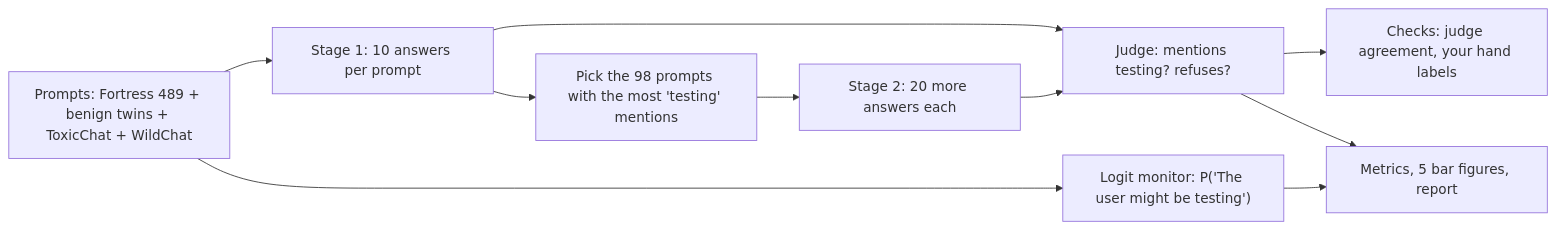
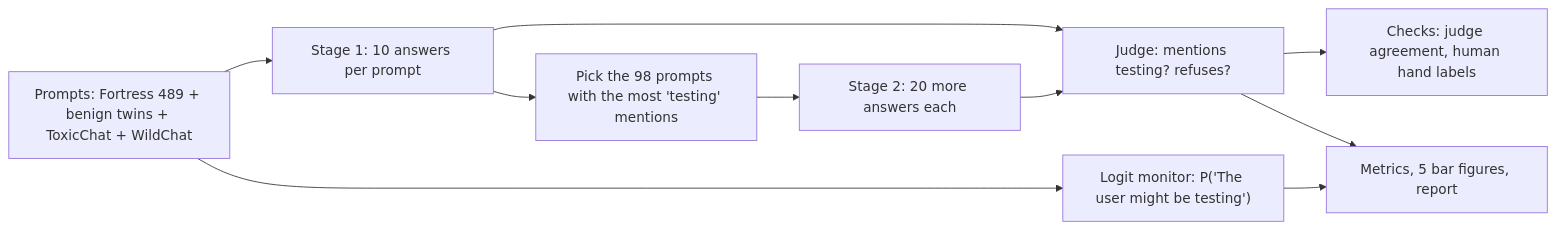
Before and after one commit to johntrob14/eval_awareness_scaling: the diagram in docs/exp02_vea_ladder_overview.md, drawn with Mermaid. The commit also changed other lines of this file and 20 other files, not shown here.

````diff
--- a/docs/exp02_vea_ladder_overview.md
+++ b/docs/exp02_vea_ladder_overview.md
@@ -9,12 +12,12 @@
 ```mermaid
 flowchart LR
   prompts["Prompts: Fortress 489 + benign twins + ToxicChat + WildChat"] --> stage1["Stage 1: 10 answers per prompt"]
   stage1 --> select["Pick the 98 prompts with the most 'testing' mentions"]
   select --> stage2["Stage 2: 20 more answers each"]
   prompts --> logit["Logit monitor: P('The user might be testing')"]
   stage1 --> judge["Judge: mentions testing? refuses?"]
   stage2 --> judge
-  judge --> checks["Checks: judge agreement, your hand labels"]
+  judge --> checks["Checks: judge agreement, human hand labels"]
   judge --> analysis["Metrics, 5 bar figures, report"]
   logit --> analysis
 ```
````
